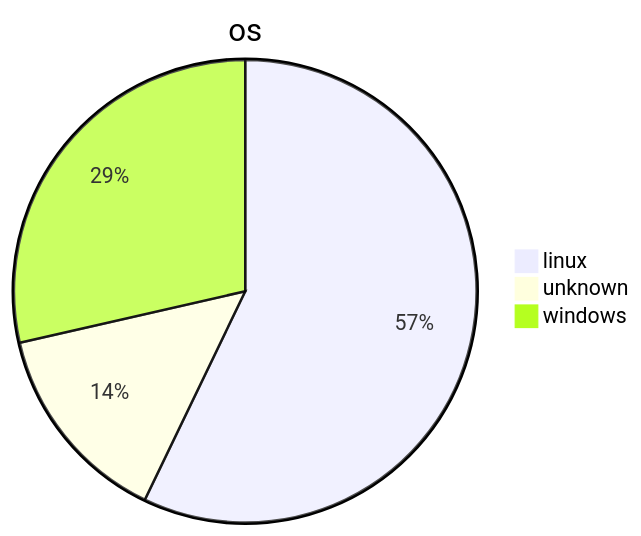
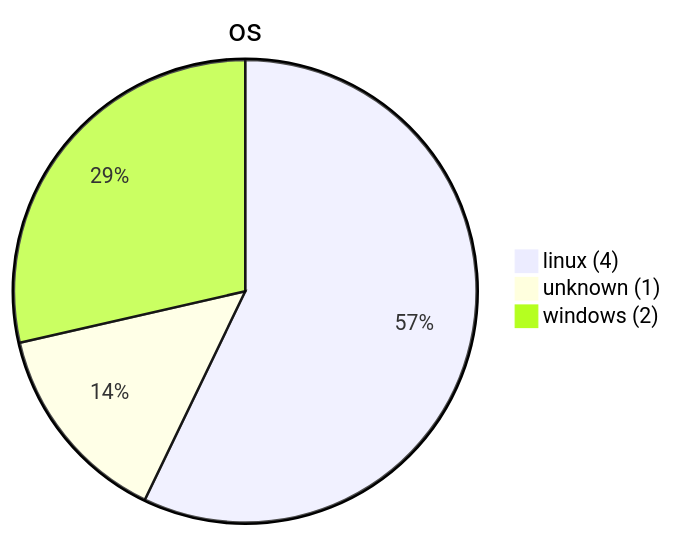
The diagram in testings/test.md (vtougne/jtable), drawn with Mermaid before and after one commit. The commit also changed 2 other files, not shown here.

````diff
--- a/testings/test.md
+++ b/testings/test.md
@@ -1,7 +1,7 @@
 ```mermaid
   pie
       title os
-      "linux" : 4
-      "unknown" : 1
-      "windows" : 2
+      "linux (4)" : 4
+      "unknown (1)" : 1
+      "windows (2)" : 2
 ```
````
